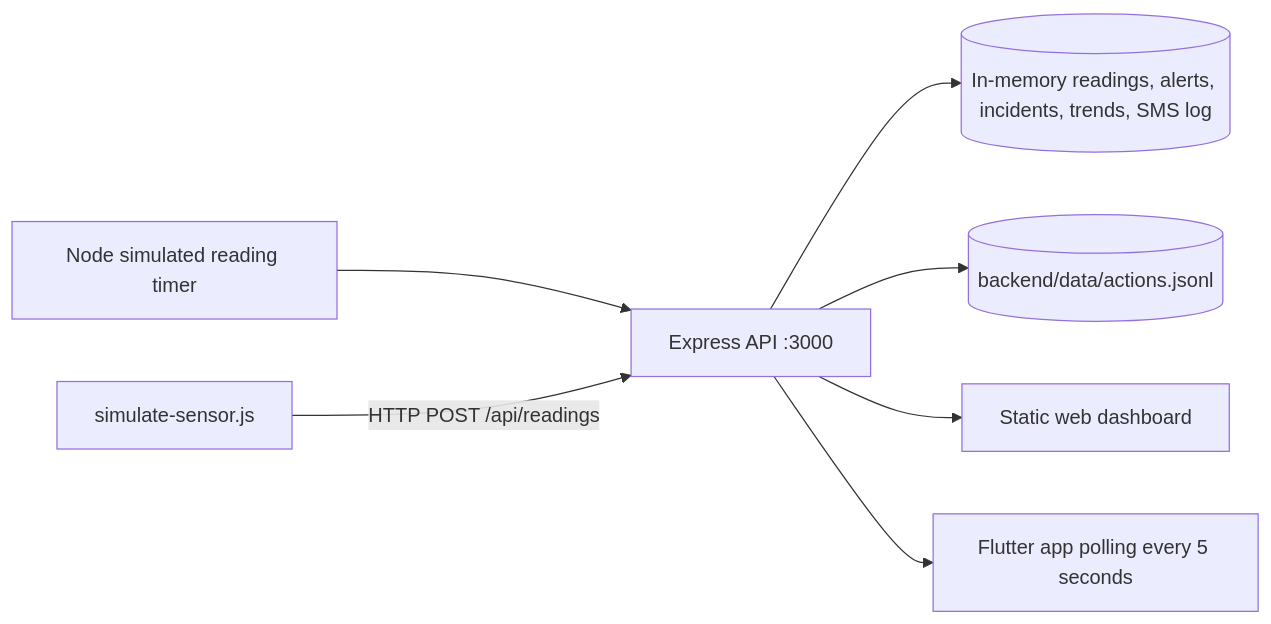
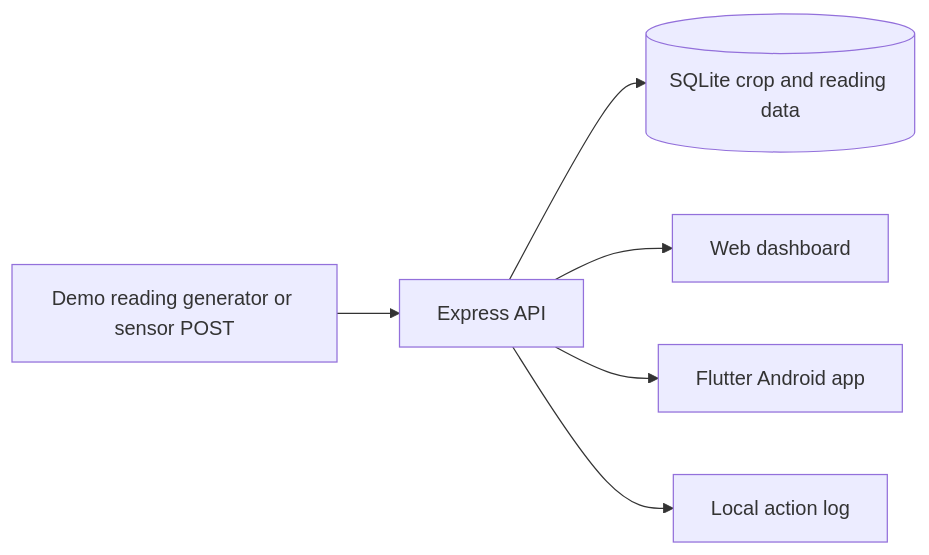
One commit to porusandesu/Peo_Yame_RCP changed the diagram in docs/ARCHITECTURE.md. Above: the diagram before and after it, drawn with Mermaid. The commit also changed other lines of this file and 23 other files, not shown here.

Commit message:
Rebuild demo flow and crop storage package

````diff
--- a/docs/ARCHITECTURE.md
+++ b/docs/ARCHITECTURE.md
@@ -5,9 +31,8 @@
 ```mermaid
 flowchart LR
-  sim[Node simulated reading timer] --> api[Express API :3000]
-  optional[simulate-sensor.js] -->|HTTP POST /api/readings| api
-  api --> mem[(In-memory readings, alerts, incidents, trends, SMS log)]
-  api --> actionlog[(backend/data/actions.jsonl)]
-  api --> web[Static web dashboard]
-  api --> flutter[Flutter app polling every 5 seconds]
+  sim[Demo reading generator or sensor POST] --> api[Express API]
+  api --> db[(SQLite crop and reading data)]
+  api --> web[Web dashboard]
+  api --> app[Flutter Android app]
+  api --> logs[Local action log]
 ```
````
